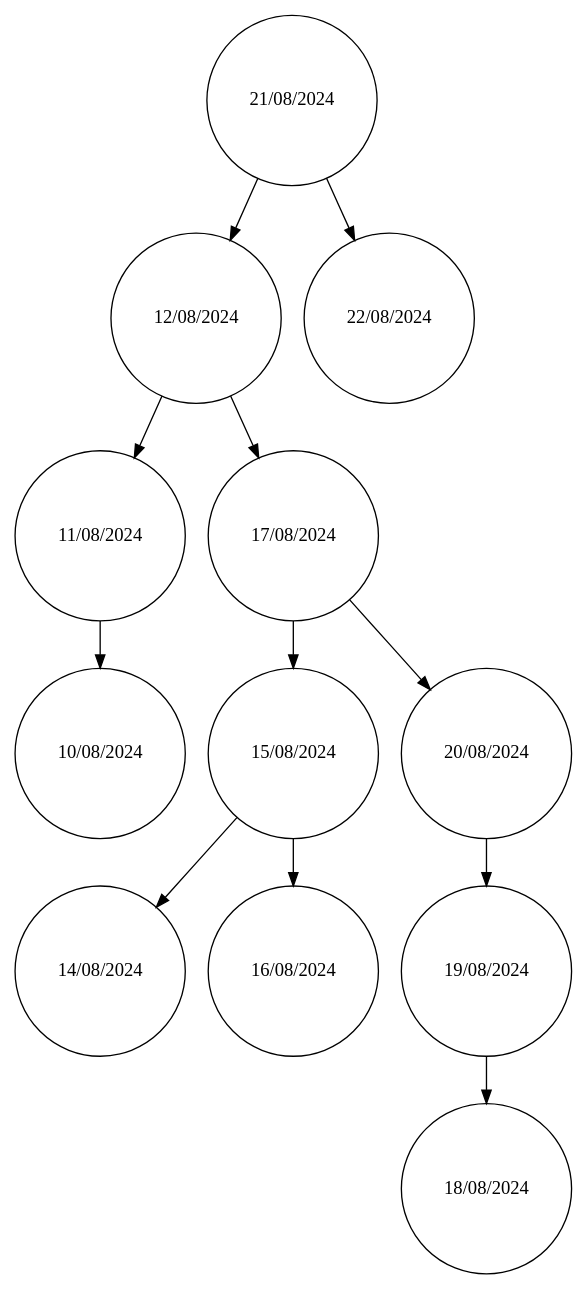
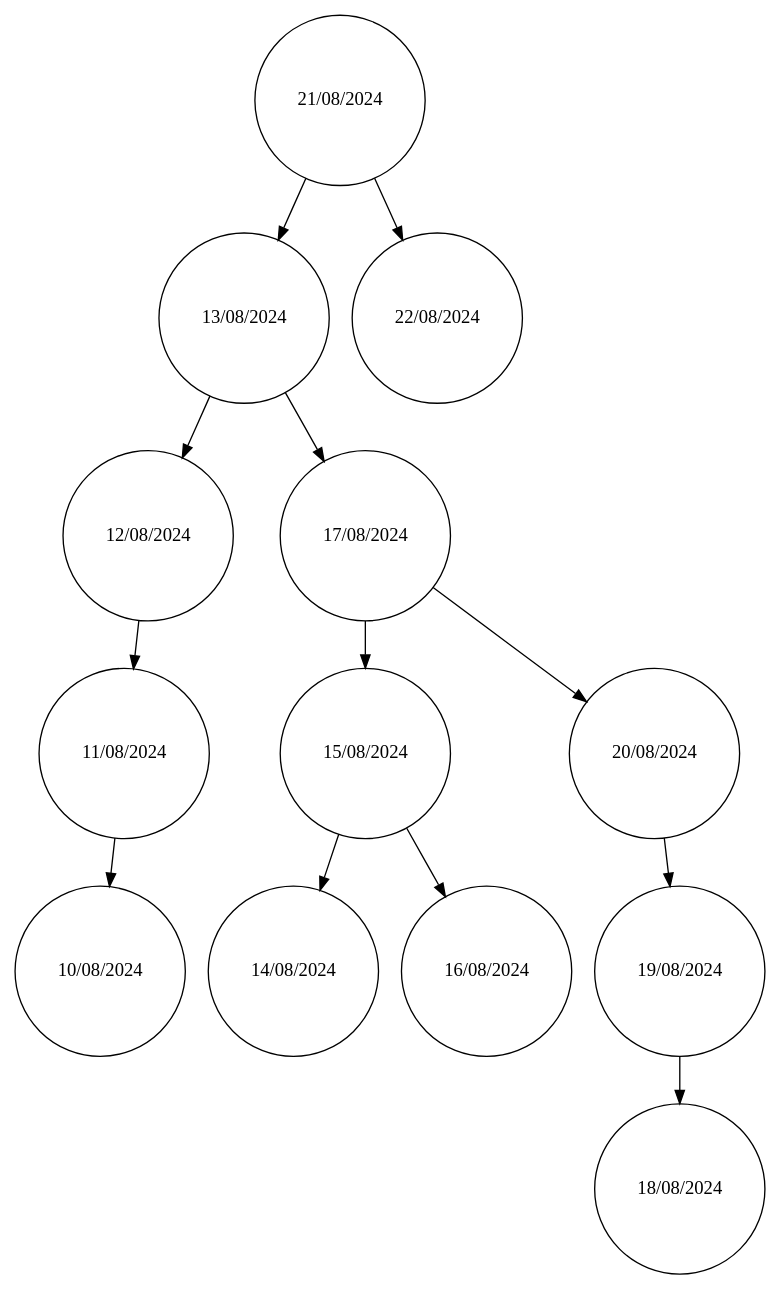
The diagram in Fase 2/proyecto2/build/Desktop_Qt_6_7_2_MinGW_64_bit-Debug/reportes/arbolBinario.dot (elsaminee/-EDD-Proyecto_202200198), drawn with Graphviz before and after one commit. The commit also changed 72 other files, not shown here.

```diff
--- a/Fase 2/proyecto2/build/Desktop_Qt_6_7_2_MinGW_64_bit-Debug/reportes/arbolBinario.dot
+++ b/Fase 2/proyecto2/build/Desktop_Qt_6_7_2_MinGW_64_bit-Debug/reportes/arbolBinario.dot
@@ -1,26 +1,28 @@
 digraph G {
     node [shape=circle];
     "21/08/2024" [label="21/08/2024"];
-    "21/08/2024" -> "12/08/2024";
+    "21/08/2024" -> "13/08/2024";
+    "13/08/2024" [label="13/08/2024"];
+    "13/08/2024" -> "12/08/2024";
     "12/08/2024" [label="12/08/2024"];
     "12/08/2024" -> "11/08/2024";
     "11/08/2024" [label="11/08/2024"];
     "11/08/2024" -> "10/08/2024";
     "10/08/2024" [label="10/08/2024"];
-    "12/08/2024" -> "17/08/2024";
+    "13/08/2024" -> "17/08/2024";
     "17/08/2024" [label="17/08/2024"];
     "17/08/2024" -> "15/08/2024";
     "15/08/2024" [label="15/08/2024"];
     "15/08/2024" -> "14/08/2024";
     "14/08/2024" [label="14/08/2024"];
     "15/08/2024" -> "16/08/2024";
     "16/08/2024" [label="16/08/2024"];
     "17/08/2024" -> "20/08/2024";
     "20/08/2024" [label="20/08/2024"];
     "20/08/2024" -> "19/08/2024";
     "19/08/2024" [label="19/08/2024"];
     "19/08/2024" -> "18/08/2024";
     "18/08/2024" [label="18/08/2024"];
     "21/08/2024" -> "22/08/2024";
     "22/08/2024" [label="22/08/2024"];
 }
```
